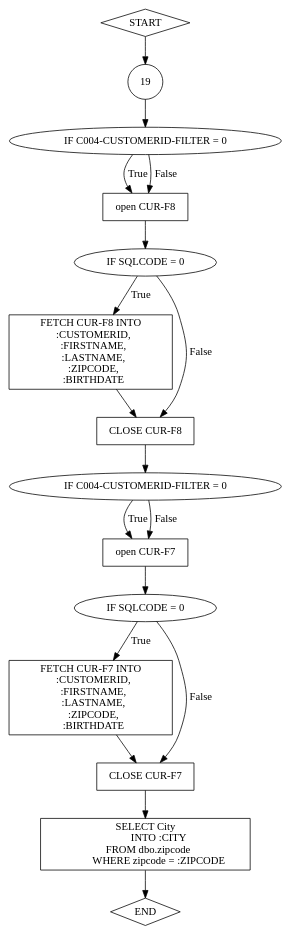
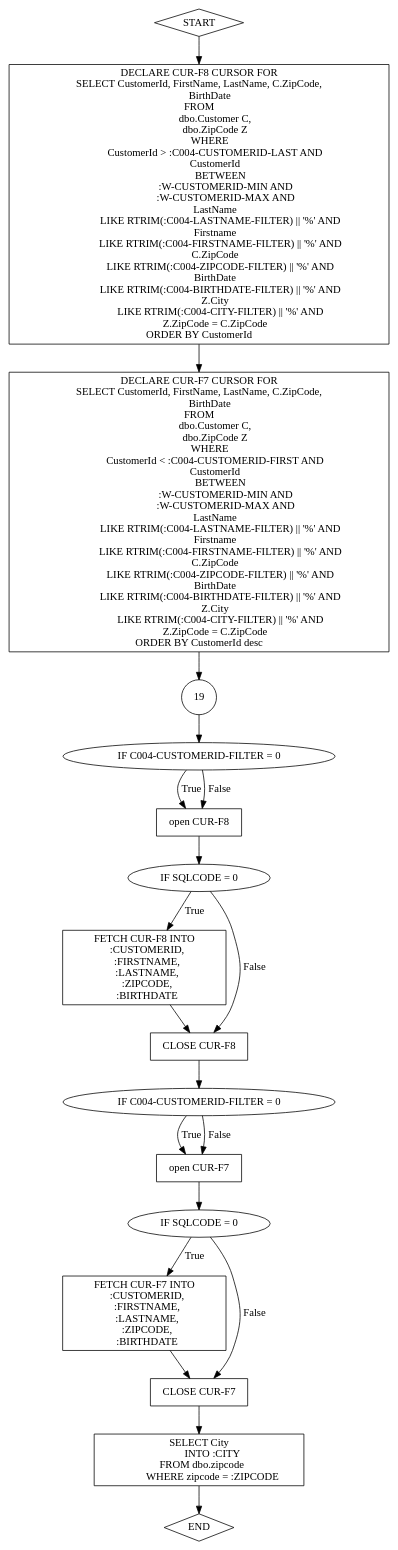
The diagram in doctest-output/control-flow.gv (CelineDknp/SemiParsingCFG), drawn with Graphviz before and after one commit. The commit also changed 14 other files, not shown here.

```diff
--- a/doctest-output/control-flow.gv
+++ b/doctest-output/control-flow.gv
@@ -1,60 +1,112 @@
 digraph "control-flow" {
 	node [shape=diamond]
-	62 [label=START]
+	64 [label=START]
+	node [shape=box]
+	0 [label="DECLARE CUR-F8 CURSOR FOR
+		 SELECT CustomerId, FirstName, LastName, C.ZipCode, 
+         BirthDate
+		 FROM 
+             dbo.Customer C,
+             dbo.ZipCode Z
+         WHERE 
+             CustomerId > :C004-CUSTOMERID-LAST AND
+             CustomerId 
+                 BETWEEN 
+                     :W-CUSTOMERID-MIN AND 
+                     :W-CUSTOMERID-MAX AND
+             LastName
+                 LIKE RTRIM(:C004-LASTNAME-FILTER) || '%' AND
+             Firstname
+                 LIKE RTRIM(:C004-FIRSTNAME-FILTER) || '%' AND
+             C.ZipCode
+                 LIKE RTRIM(:C004-ZIPCODE-FILTER) || '%' AND
+             BirthDate
+                 LIKE RTRIM(:C004-BIRTHDATE-FILTER) || '%' AND
+             Z.City
+                 LIKE RTRIM(:C004-CITY-FILTER) || '%' AND
+             Z.ZipCode = C.ZipCode
+		 ORDER BY CustomerId"]
+	node [shape=box]
+	1 [label="DECLARE CUR-F7 CURSOR FOR
+		 SELECT CustomerId, FirstName, LastName, C.ZipCode, 
+         BirthDate
+		 FROM 
+             dbo.Customer C,
+             dbo.ZipCode Z
+         WHERE 
+             CustomerId < :C004-CUSTOMERID-FIRST AND
+             CustomerId 
+                 BETWEEN 
+                     :W-CUSTOMERID-MIN AND 
+                     :W-CUSTOMERID-MAX AND
+             LastName
+                 LIKE RTRIM(:C004-LASTNAME-FILTER) || '%' AND
+             Firstname 
+                 LIKE RTRIM(:C004-FIRSTNAME-FILTER) || '%' AND
+             C.ZipCode
+                 LIKE RTRIM(:C004-ZIPCODE-FILTER) || '%' AND
+             BirthDate
+                 LIKE RTRIM(:C004-BIRTHDATE-FILTER) || '%' AND
+             Z.City
+                 LIKE RTRIM(:C004-CITY-FILTER) || '%' AND
+             Z.ZipCode = C.ZipCode
+		 ORDER BY CustomerId desc"]
 	node [shape=circle]
-	97 [label=19]
+	99 [label=19]
 	node [shape=ellipse]
-	43 [label="IF C004-CUSTOMERID-FILTER = 0 "]
+	45 [label="IF C004-CUSTOMERID-FILTER = 0 "]
 	node [shape=box]
-	46 [label="open CUR-F8"]
+	48 [label="open CUR-F8"]
 	node [shape=ellipse]
-	47 [label="IF SQLCODE = 0 "]
+	49 [label="IF SQLCODE = 0 "]
 	node [shape=box]
-	48 [label="FETCH CUR-F8 INTO
+	50 [label="FETCH CUR-F8 INTO
 		   :CUSTOMERID,
 		   :FIRSTNAME,
 		   :LASTNAME,
 		   :ZIPCODE,
 		   :BIRTHDATE"]
 	node [shape=box]
-	51 [label="CLOSE CUR-F8"]
+	53 [label="CLOSE CUR-F8"]
 	node [shape=ellipse]
-	52 [label="IF C004-CUSTOMERID-FILTER = 0 "]
+	54 [label="IF C004-CUSTOMERID-FILTER = 0 "]
 	node [shape=box]
-	55 [label="open CUR-F7"]
+	57 [label="open CUR-F7"]
 	node [shape=ellipse]
-	56 [label="IF SQLCODE = 0 "]
+	58 [label="IF SQLCODE = 0 "]
 	node [shape=box]
-	57 [label="FETCH CUR-F7 INTO
+	59 [label="FETCH CUR-F7 INTO
 		   :CUSTOMERID,
 		   :FIRSTNAME,
 		   :LASTNAME,
 		   :ZIPCODE,
 		   :BIRTHDATE"]
 	node [shape=box]
-	60 [label="CLOSE CUR-F7"]
+	62 [label="CLOSE CUR-F7"]
 	node [shape=box]
-	61 [label="SELECT City
+	63 [label="SELECT City
            INTO :CITY
 		   FROM dbo.zipcode
            WHERE zipcode = :ZIPCODE"]
 	node [shape=diamond]
-	95 [label=END]
-	62 -> 97
-	97 -> 43
-	43 -> 46 [label=True]
-	43 -> 46 [label=False]
-	46 -> 47
-	47 -> 48 [label=True]
-	47 -> 51 [label=False]
-	48 -> 51
-	51 -> 52
-	52 -> 55 [label=True]
-	52 -> 55 [label=False]
-	55 -> 56
-	56 -> 57 [label=True]
-	56 -> 60 [label=False]
-	57 -> 60
-	60 -> 61
-	61 -> 95
+	97 [label=END]
+	64 -> 0
+	0 -> 1
+	1 -> 99
+	99 -> 45
+	45 -> 48 [label=True]
+	45 -> 48 [label=False]
+	48 -> 49
+	49 -> 50 [label=True]
+	49 -> 53 [label=False]
+	50 -> 53
+	53 -> 54
+	54 -> 57 [label=True]
+	54 -> 57 [label=False]
+	57 -> 58
+	58 -> 59 [label=True]
+	58 -> 62 [label=False]
+	59 -> 62
+	62 -> 63
+	63 -> 97
 }
```
